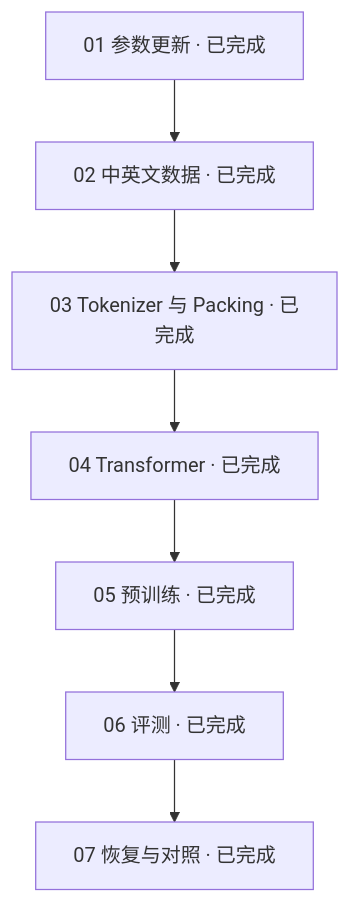
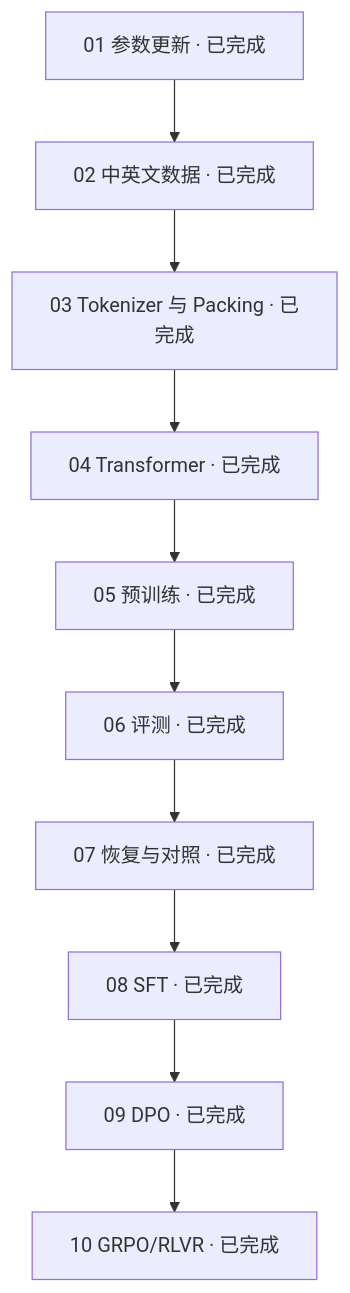
The diagram in docs/README.md (wang-TJ-20/llm-lifecycle-lab), drawn with Mermaid before and after one commit. The commit also changed other lines of this file and 88 other files, not shown here.

````diff
--- a/docs/README.md
+++ b/docs/README.md
@@ -45,8 +57,11 @@
 ```mermaid
 flowchart TD
   A["01 参数更新 · 已完成"] --> B["02 中英文数据 · 已完成"]
   B --> C["03 Tokenizer 与 Packing · 已完成"]
   C --> D["04 Transformer · 已完成"]
   D --> E["05 预训练 · 已完成"]
   E --> F["06 评测 · 已完成"] --> G["07 恢复与对照 · 已完成"]
+  G --> H["08 SFT · 已完成"]
+  H --> I["09 DPO · 已完成"]
+  I --> J["10 GRPO/RLVR · 已完成"]
 ```
````
